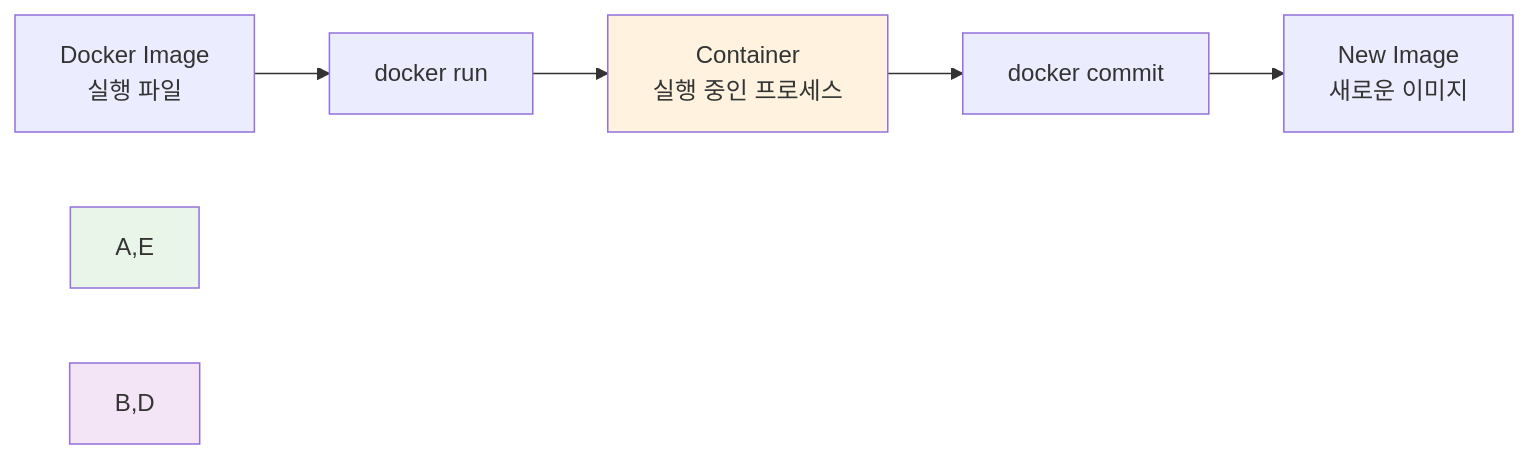
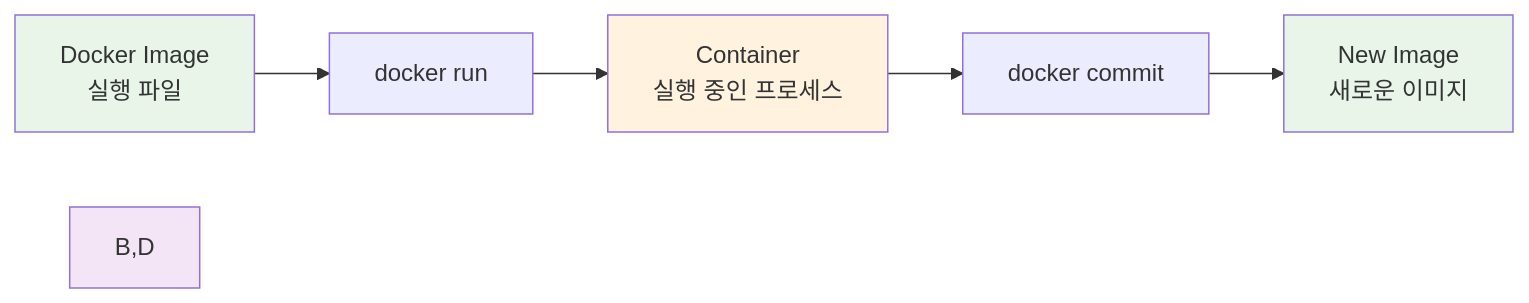
Before and after one commit to niceguy61/kdt_devops_lecture_2025: the second of 3 diagrams in theory/week_01/day2/session_2.md, drawn with Mermaid. The commit also changed other lines of this file and 1 other file, not shown here.

````diff
--- a/theory/week_01/day2/session_2.md
+++ b/theory/week_01/day2/session_2.md
@@ -74,11 +77,12 @@
 ```mermaid
 graph LR
     A[Docker Image<br/>실행 파일] --> B[docker run]
     B --> C[Container<br/>실행 중인 프로세스]
     C --> D[docker commit]
     D --> E[New Image<br/>새로운 이미지]
     
-    style A,E fill:#e8f5e8
+    style A fill:#e8f5e8
+    style E fill:#e8f5e8
     style C fill:#fff3e0
     style B,D fill:#f3e5f5
 ```
````
